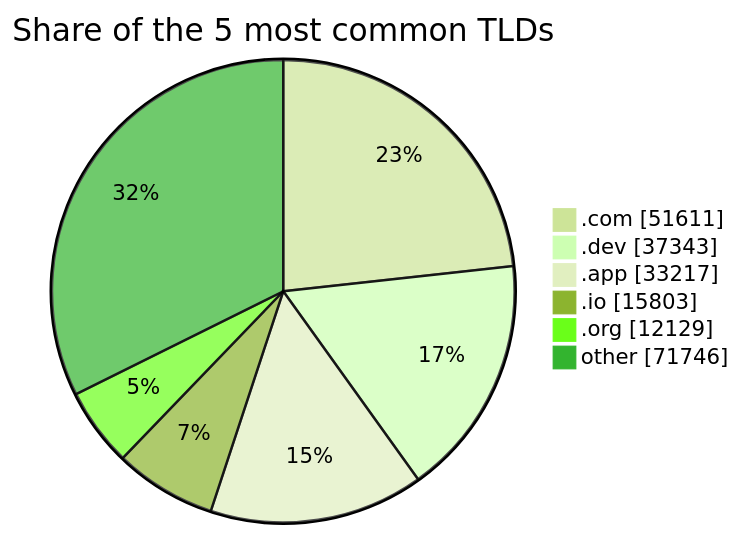
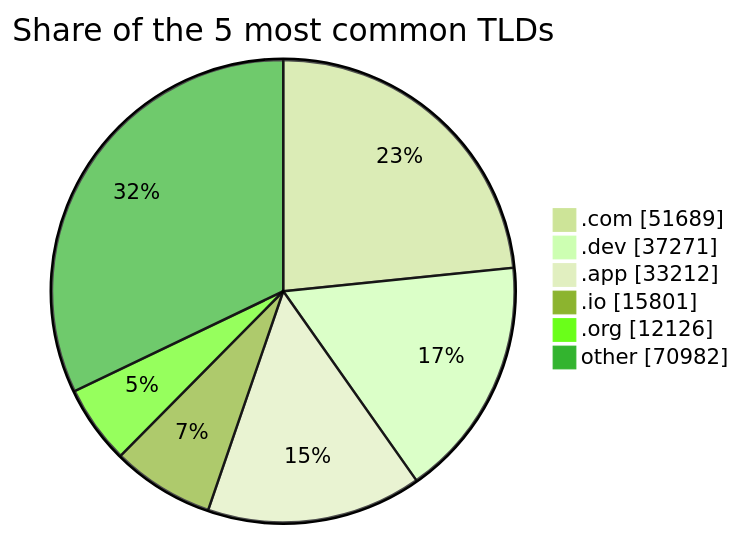
Before and after one commit to DNSBunker/CTI: the second of 2 diagrams in README.md, drawn with Mermaid (forest theme). The commit also changed other lines of this file and 3 other files, not shown here.

````diff
--- a/README.md
+++ b/README.md
@@ -72,9 +72,9 @@
 ```mermaid
 pie showData title Share of the 5 most common TLDs
-    ".com" : 51611
-    ".dev" : 37343
-    ".app" : 33217
-    ".io" : 15803
-    ".org" : 12129
-    "other" : 71746
+    ".com" : 51689
+    ".dev" : 37271
+    ".app" : 33212
+    ".io" : 15801
+    ".org" : 12126
+    "other" : 70982
 ```
````
